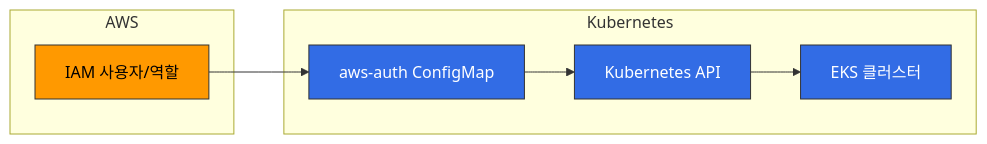
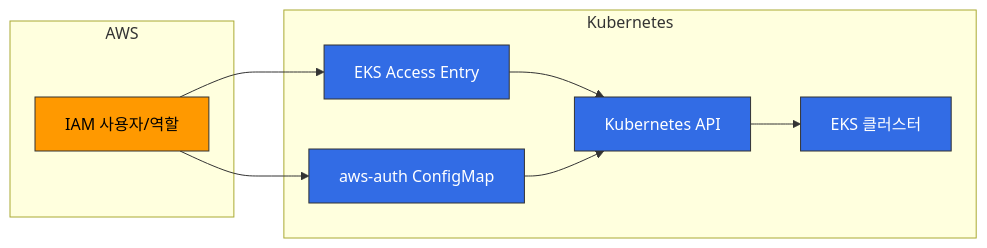
One commit to Atom-oh/kubernetes-docs changed the second of 5 diagrams in eks/02-eks-cluster-creation-part5.md. Above: the diagram before and after it, drawn with Mermaid. The commit also changed other lines of this file and 11 other files, not shown here.

````diff
--- a/eks/02-eks-cluster-creation-part5.md
+++ b/eks/02-eks-cluster-creation-part5.md
@@ -47,26 +49,29 @@
 ```mermaid
 flowchart LR
-    A[IAM 사용자/역할] --> B[aws-auth ConfigMap]
-    B --> C[Kubernetes API]
+    A[IAM 사용자/역할] --> B1[EKS Access Entry]
+    A --> B2[aws-auth ConfigMap]
+    B1 --> C[Kubernetes API]
+    B2 --> C
     C --> D[EKS 클러스터]
     
     subgraph AWS
     A
     end
     
     subgraph Kubernetes
-    B
+    B1
+    B2
     C
     D
     end
     
     %% 클래스 정의
     classDef awsService fill:#FF9900,stroke:#333,stroke-width:1px,color:black;
     classDef k8sComponent fill:#326CE5,stroke:#333,stroke-width:1px,color:white;
     classDef userApp fill:#00C7B7,stroke:#333,stroke-width:1px,color:white;
     classDef default fill:#f9f9f9,stroke:#333,stroke-width:1px,color:black;
     
     %% 클래스 적용
     class A awsService;
-    class B,C,D k8sComponent;
+    class B1,B2,C,D k8sComponent;
 ```
````
